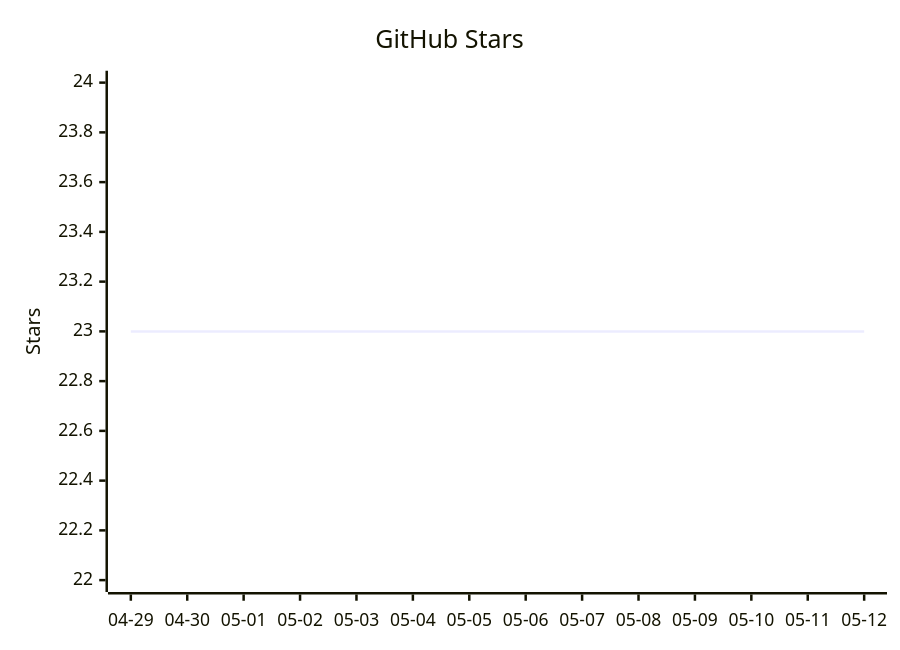
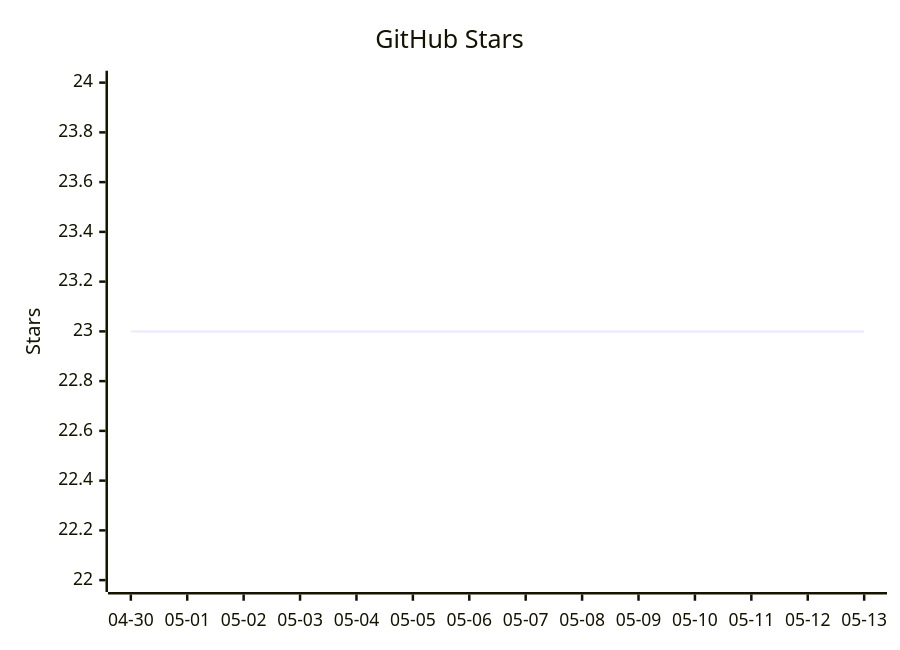
The diagram in README.mbt.md (vectie/moonclaw), drawn with Mermaid before and after one commit. The commit also changed other lines of this file and 1 other file, not shown here.

Commit message:
Update README star growth

````diff
--- a/README.mbt.md
+++ b/README.mbt.md
@@ -489,7 +489,7 @@
 ```mermaid
 xychart-beta
     title "GitHub Stars"
-    x-axis ["04-29","04-30","05-01","05-02","05-03","05-04","05-05","05-06","05-07","05-08","05-09","05-10","05-11","05-12"]
+    x-axis ["04-30","05-01","05-02","05-03","05-04","05-05","05-06","05-07","05-08","05-09","05-10","05-11","05-12","05-13"]
     y-axis "Stars" 22 --> 24
     line [23,23,23,23,23,23,23,23,23,23,23,23,23,23]
 ```
````
